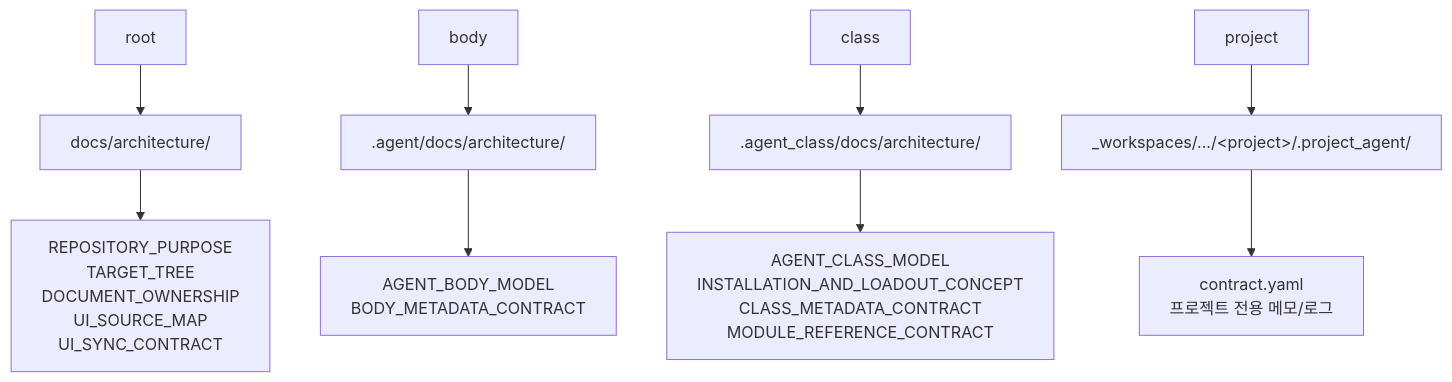
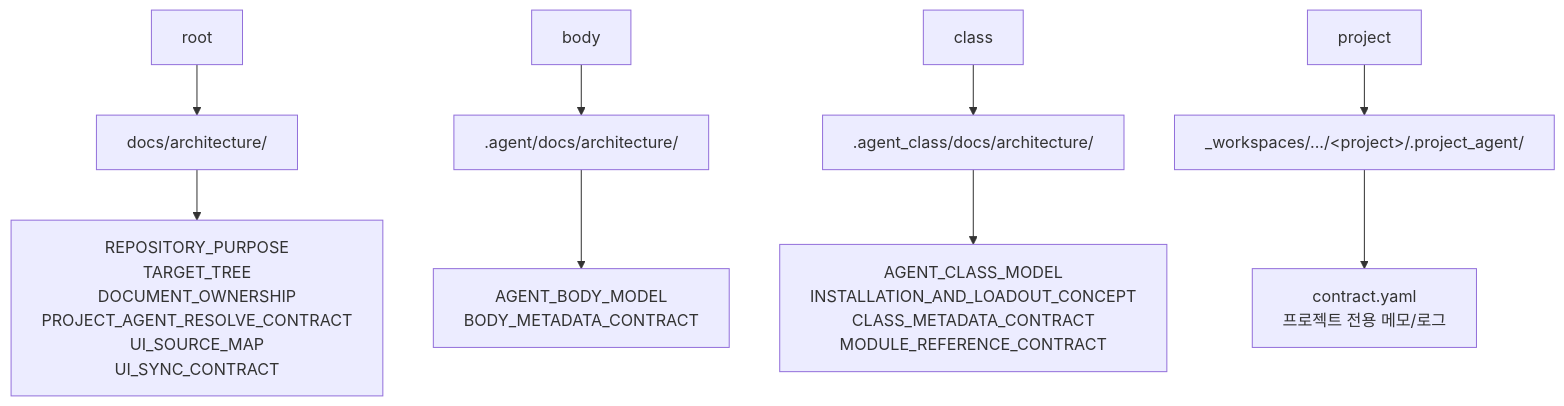
The diagram in docs/architecture/DOCUMENT_OWNERSHIP.md (SungYongMOON/soulforge), drawn with Mermaid before and after one commit. The commit also changed other lines of this file and 20 other files, not shown here.

Commit message:
workspace resolve 계약과 project 상태 분류 기반 도입

````diff
--- a/docs/architecture/DOCUMENT_OWNERSHIP.md
+++ b/docs/architecture/DOCUMENT_OWNERSHIP.md
@@ -9,11 +9,11 @@
 ```mermaid
 flowchart TD
   O1["root"] --> P1["docs/architecture/"]
   O2["body"] --> P2[".agent/docs/architecture/"]
   O3["class"] --> P3[".agent_class/docs/architecture/"]
   O4["project"] --> P4["_workspaces/.../&lt;project&gt;/.project_agent/"]
-  P1 --> E1["REPOSITORY_PURPOSE<br/>TARGET_TREE<br/>DOCUMENT_OWNERSHIP<br/>UI_SOURCE_MAP<br/>UI_SYNC_CONTRACT"]
+  P1 --> E1["REPOSITORY_PURPOSE<br/>TARGET_TREE<br/>DOCUMENT_OWNERSHIP<br/>PROJECT_AGENT_RESOLVE_CONTRACT<br/>UI_SOURCE_MAP<br/>UI_SYNC_CONTRACT"]
   P2 --> E2["AGENT_BODY_MODEL<br/>BODY_METADATA_CONTRACT"]
   P3 --> E3["AGENT_CLASS_MODEL<br/>INSTALLATION_AND_LOADOUT_CONCEPT<br/>CLASS_METADATA_CONTRACT<br/>MODULE_REFERENCE_CONTRACT"]
   P4 --> E4["contract.yaml<br/>프로젝트 전용 메모/로그"]
 ```
````
